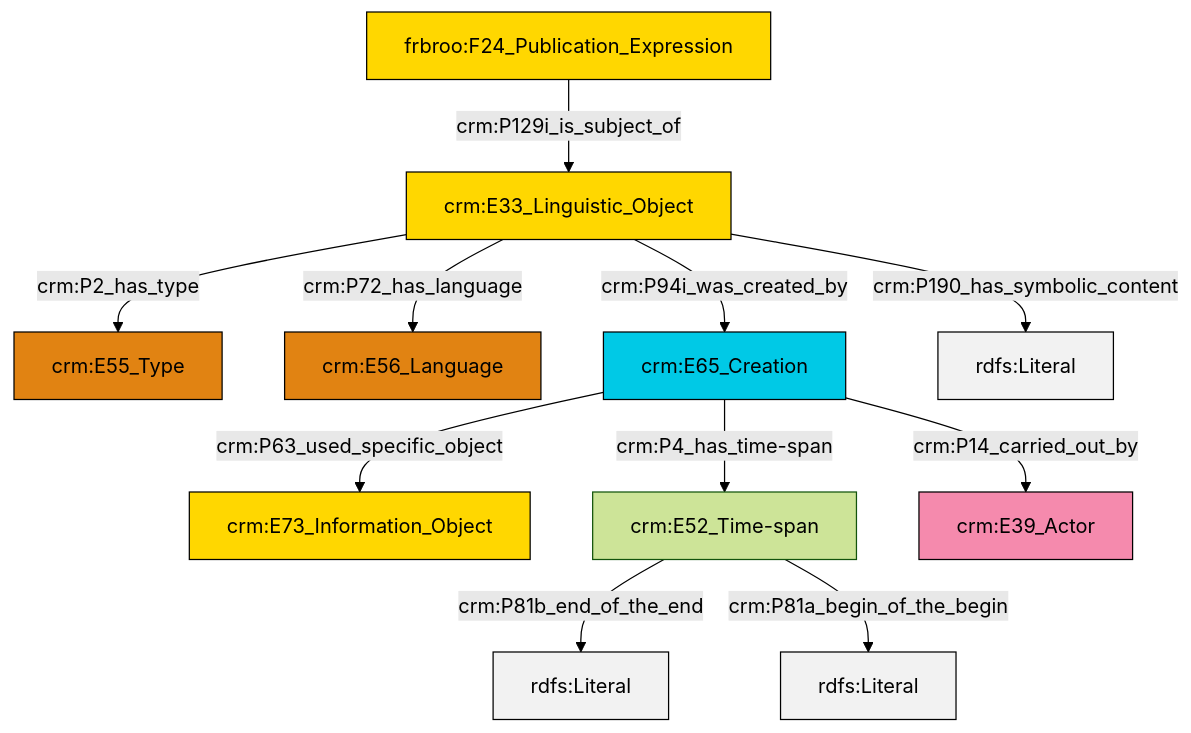
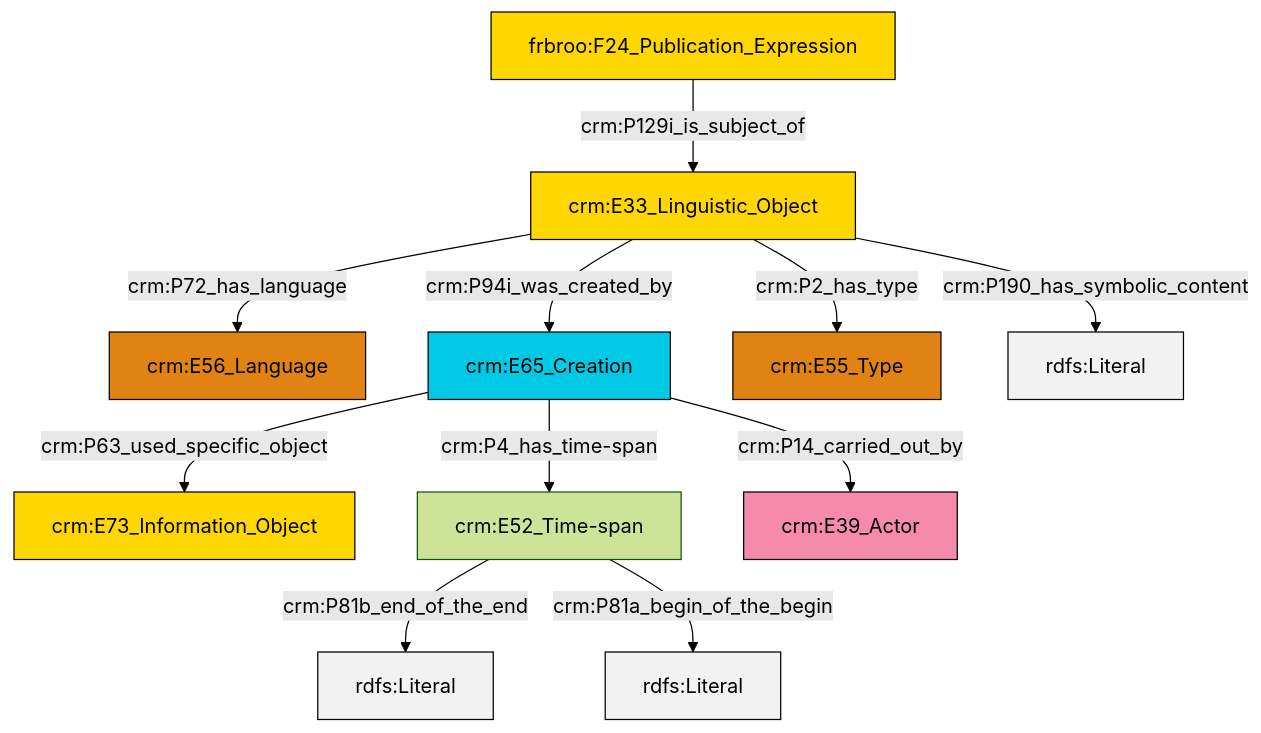
The diagram in et/biblioCSV/ttl/mmd/biblio_description.ttl.mmd (swiss-art-research-net/reference-data-models), drawn with Mermaid (forest theme) before and after one commit. The commit also changed 127 other files, not shown here.

```diff
--- a/et/biblioCSV/ttl/mmd/biblio_description.ttl.mmd
+++ b/et/biblioCSV/ttl/mmd/biblio_description.ttl.mmd
@@ -1,25 +1,25 @@
 graph TD
 classDef Literal fill:#f2f2f2,stroke:#000000;
 classDef CRM_Entity fill:#FFFFFF,stroke:#000000;
 classDef Temporal_Entity fill:#00C9E6, stroke:#000000;
 classDef Type fill:#E18312, stroke:#000000;
 classDef Time-Span fill:#2C9C91, stroke:#000000;
 classDef Appellation fill:#FFEB7F, stroke:#000000;
 classDef Place fill:#008836, stroke:#000000;
 classDef Persistent_Item fill:#B266B2, stroke:#000000;
 classDef Conceptual_Object fill:#FFD700, stroke:#000000;
 classDef Physical_Thing fill:#D2B48C, stroke:#000000;
 classDef Actor fill:#f58aad, stroke:#000000;
 classDef PC_Classes fill:#4ce600, stroke:#000000;
 classDef Multi fill:#cccccc,stroke:#000000;
 
-0["crm:E33_Linguistic_Object"]:::Conceptual_Object -->|crm:P2_has_type| 1["crm:E55_Type"]:::Type
-8["crm:E65_Creation"]:::Temporal_Entity -->|crm:P14_carried_out_by| 9["crm:E39_Actor"]:::Actor
-4["crm:E52_Time-span"]:::Default -->|crm:P81b_end_of_the_end| 10[rdfs:Literal]:::Literal
-4["crm:E52_Time-span"]:::Default -->|crm:P81a_begin_of_the_begin| 13[rdfs:Literal]:::Literal
-0["crm:E33_Linguistic_Object"]:::Conceptual_Object -->|crm:P190_has_symbolic_content| 15[rdfs:Literal]:::Literal
-8["crm:E65_Creation"]:::Temporal_Entity -->|crm:P63_used_specific_object| 2["crm:E73_Information_Object"]:::Conceptual_Object
-8["crm:E65_Creation"]:::Temporal_Entity -->|crm:P4_has_time-span| 4["crm:E52_Time-span"]:::Default
-11["frbroo:F24_Publication_Expression"]:::Conceptual_Object -->|crm:P129i_is_subject_of| 0["crm:E33_Linguistic_Object"]:::Conceptual_Object
-0["crm:E33_Linguistic_Object"]:::Conceptual_Object -->|crm:P72_has_language| 6["crm:E56_Language"]:::Type
-0["crm:E33_Linguistic_Object"]:::Conceptual_Object -->|crm:P94i_was_created_by| 8["crm:E65_Creation"]:::Temporal_Entity
+2["frbroo:F24_Publication_Expression"]:::Conceptual_Object -->|crm:P129i_is_subject_of| 3["crm:E33_Linguistic_Object"]:::Conceptual_Object
+6["crm:E65_Creation"]:::Temporal_Entity -->|crm:P4_has_time-span| 8["crm:E52_Time-span"]:::Default
+3["crm:E33_Linguistic_Object"]:::Conceptual_Object -->|crm:P94i_was_created_by| 6["crm:E65_Creation"]:::Temporal_Entity
+8["crm:E52_Time-span"]:::Default -->|crm:P81b_end_of_the_end| 9[rdfs:Literal]:::Literal
+3["crm:E33_Linguistic_Object"]:::Conceptual_Object -->|crm:P72_has_language| 4["crm:E56_Language"]:::Type
+6["crm:E65_Creation"]:::Temporal_Entity -->|crm:P14_carried_out_by| 10["crm:E39_Actor"]:::Actor
+6["crm:E65_Creation"]:::Temporal_Entity -->|crm:P63_used_specific_object| 0["crm:E73_Information_Object"]:::Conceptual_Object
+3["crm:E33_Linguistic_Object"]:::Conceptual_Object -->|crm:P2_has_type| 12["crm:E55_Type"]:::Type
+8["crm:E52_Time-span"]:::Default -->|crm:P81a_begin_of_the_begin| 17[rdfs:Literal]:::Literal
+3["crm:E33_Linguistic_Object"]:::Conceptual_Object -->|crm:P190_has_symbolic_content| 18[rdfs:Literal]:::Literal
```
